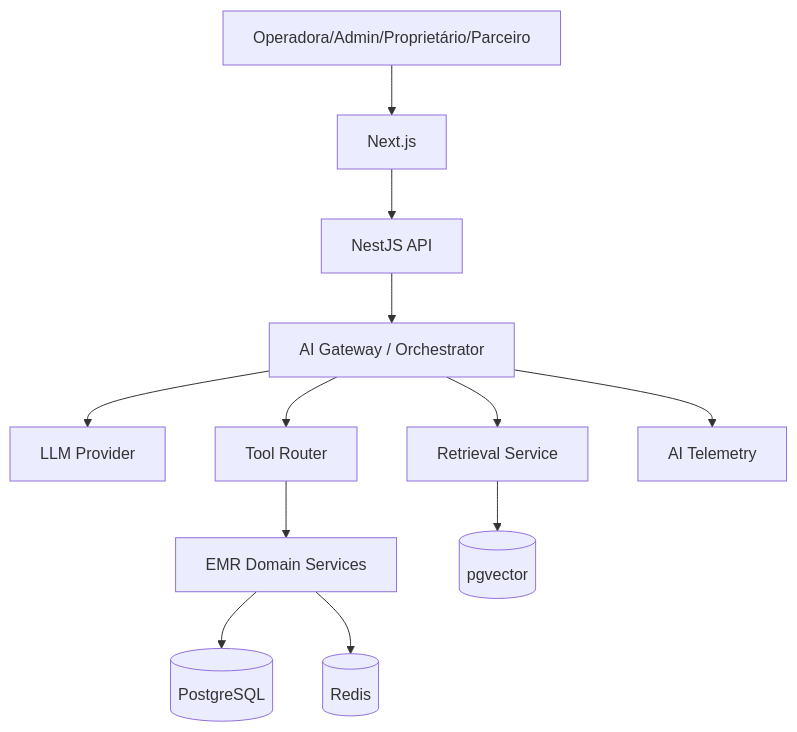
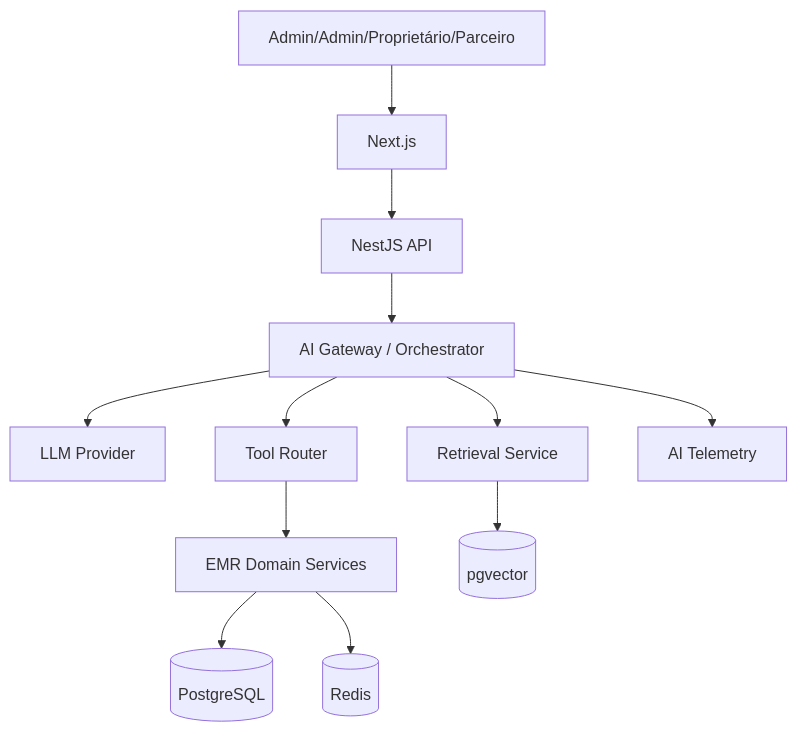
The diagram in docs/ai/AI_ARCHITECTURE.md (fernandaquerino/emr-despachante), drawn with Mermaid before and after one commit. The commit also changed other lines of this file and 40 other files, not shown here.

````diff
--- a/docs/ai/AI_ARCHITECTURE.md
+++ b/docs/ai/AI_ARCHITECTURE.md
@@ -5,14 +5,14 @@
 ```mermaid
 flowchart TD
-    U[Operadora/Admin/Proprietário/Parceiro] --> WEB[Next.js]
+    U[Admin/Admin/Proprietário/Parceiro] --> WEB[Next.js]
     WEB --> API[NestJS API]
     API --> AIG[AI Gateway / Orchestrator]
     AIG --> LLM[LLM Provider]
     AIG --> TOOLS[Tool Router]
     TOOLS --> CORE[EMR Domain Services]
     CORE --> DB[(PostgreSQL)]
     CORE --> REDIS[(Redis)]
     AIG --> RET[Retrieval Service]
     RET --> VEC[(pgvector)]
     AIG --> OTel[AI Telemetry]
 ```
````
